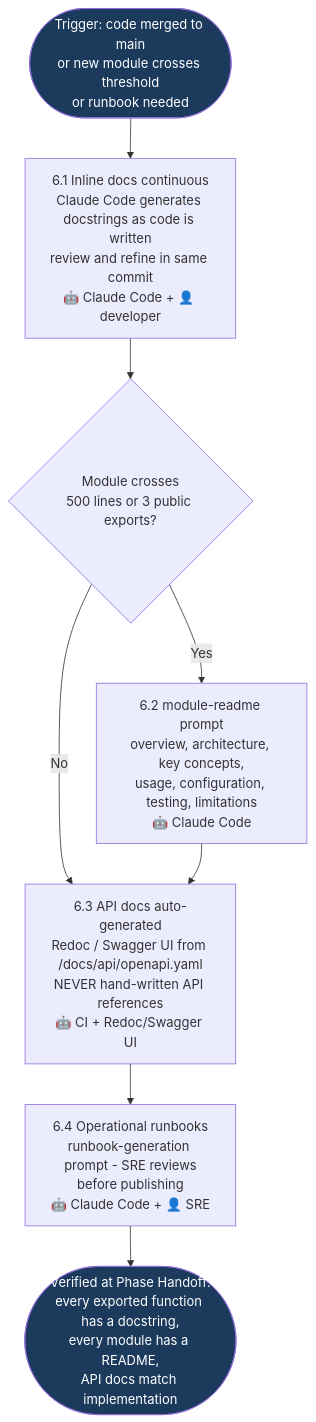
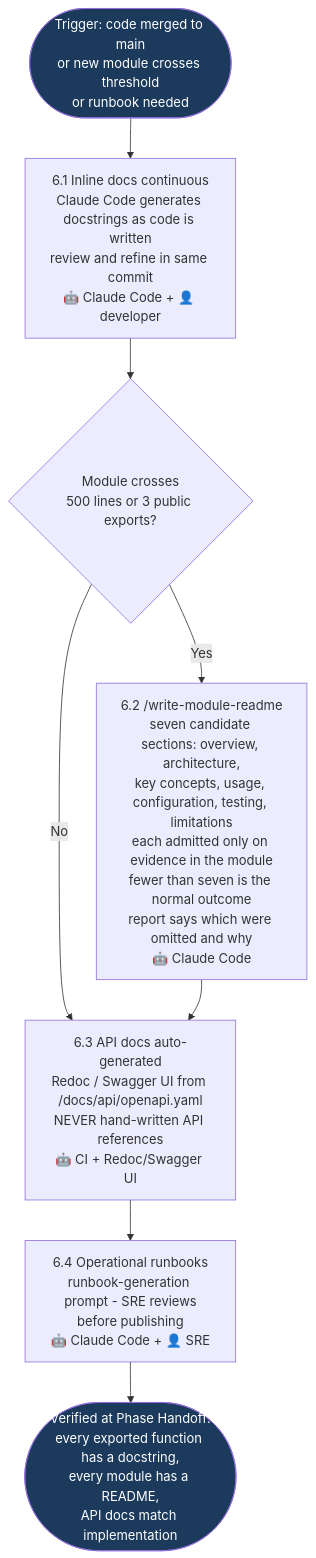
Before and after one commit to kalpat-allion/ai-dlc: the seventh of 8 diagrams in aidlc-phases/03-development/FLOWCHART.md, drawn with Mermaid. The commit also changed other lines of this file and 16 other files, not shown here.

First line of the commit message:
feat(phase-3): convert remaining development prompts into four Claude Code artifacts

````diff
--- a/aidlc-phases/03-development/FLOWCHART.md
+++ b/aidlc-phases/03-development/FLOWCHART.md
@@ -313,17 +318,17 @@
 ```mermaid
 flowchart TD
     DOC_IN([Trigger: code merged to main<br/>or new module crosses threshold<br/>or runbook needed]) --> DOC1
 
     DOC1[6.1 Inline docs continuous<br/>Claude Code generates docstrings as code is written<br/>review and refine in same commit<br/>🤖 Claude Code + 👤 developer] --> DOC_CHECK
 
     DOC_CHECK{Module crosses<br/>500 lines or 3 public exports?}
-    DOC_CHECK -- Yes --> DOC2[6.2 module-readme prompt<br/>overview, architecture, key concepts,<br/>usage, configuration, testing, limitations<br/>🤖 Claude Code]
+    DOC_CHECK -- Yes --> DOC2[6.2 /write-module-readme<br/>seven candidate sections: overview, architecture,<br/>key concepts, usage, configuration, testing, limitations<br/>each admitted only on evidence in the module<br/>fewer than seven is the normal outcome<br/>report says which were omitted and why<br/>🤖 Claude Code]
     DOC_CHECK -- No --> DOC3
     DOC2 --> DOC3
 
     DOC3[6.3 API docs auto-generated<br/>Redoc / Swagger UI from /docs/api/openapi.yaml<br/>NEVER hand-written API references<br/>🤖 CI + Redoc/Swagger UI] --> DOC4
     DOC4[6.4 Operational runbooks<br/>runbook-generation prompt - SRE reviews<br/>before publishing<br/>🤖 Claude Code + 👤 SRE] --> DOC_OUT([Verified at Phase Handoff:<br/>every exported function has a docstring,<br/>every module has a README,<br/>API docs match implementation])
 
     style DOC_IN fill:#1B3A5C,color:#fff
     style DOC_OUT fill:#1B3A5C,color:#fff
 ```
````
